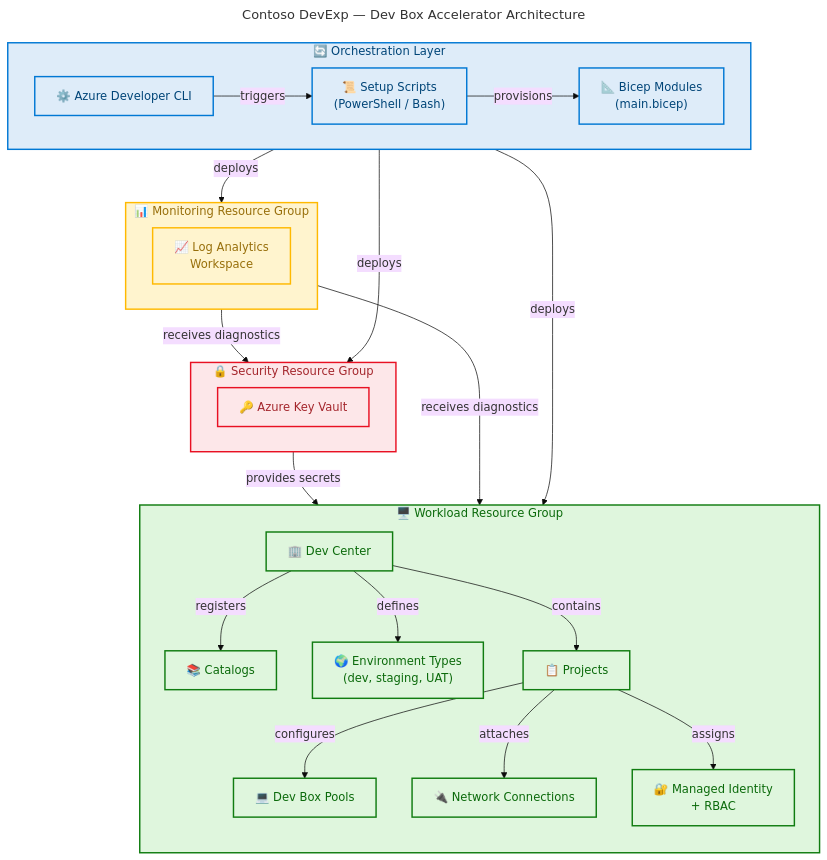
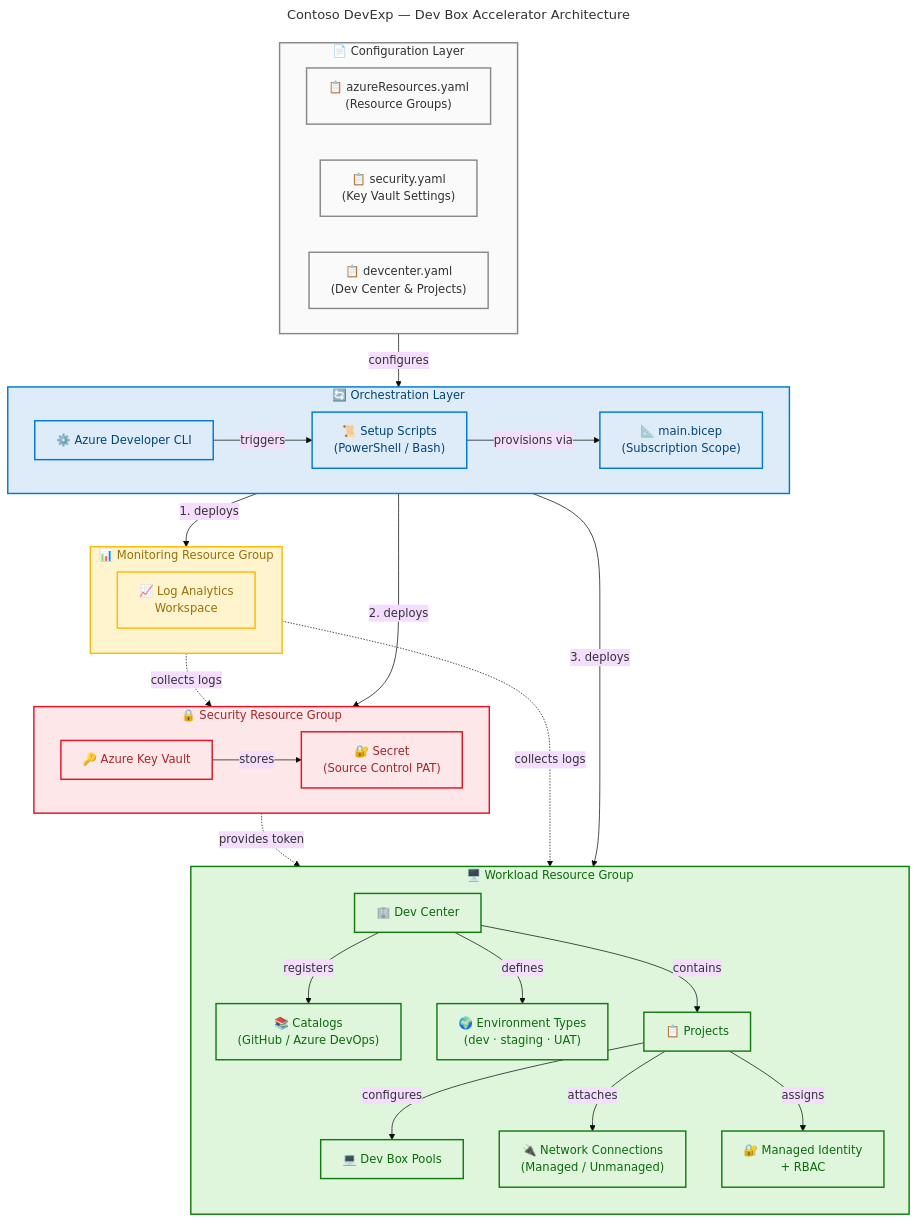
Before and after one commit to Evilazaro/DevExp-DevBox: the diagram in README.md, drawn with Mermaid. The commit also changed other lines of this file, not shown here.

Commit message:
docs: enhance README.md by improving architecture section clarity and adding YAML configuration details

```diff
--- a/README.md
+++ b/README.md
@@ -79,16 +82,23 @@
     %% ═══════════════════════════════════════════════════════════════════════════
 
     accTitle: Dev Box Accelerator Architecture
-    accDescr: Shows the three-tier resource group architecture with orchestration layer, security, monitoring, and workload components and their deployment relationships
+    accDescr: Shows the configuration-driven deployment architecture with YAML configuration layer, orchestration tooling, and three Azure resource groups provisioned in dependency order through subscription-scoped Bicep modules
+
+    subgraph config["📄 Configuration Layer"]
+        direction LR
+        azureResYaml["📋 azureResources.yaml<br/>(Resource Groups)"]:::neutral
+        securityYaml["📋 security.yaml<br/>(Key Vault Settings)"]:::neutral
+        devcenterYaml["📋 devcenter.yaml<br/>(Dev Center & Projects)"]:::neutral
+    end
 
     subgraph orchestration["🔄 Orchestration Layer"]
         direction LR
         azd["⚙️ Azure Developer CLI"]:::core
         setup["📜 Setup Scripts<br/>(PowerShell / Bash)"]:::core
-        bicep["📐 Bicep Modules<br/>(main.bicep)"]:::core
+        bicep["📐 main.bicep<br/>(Subscription Scope)"]:::core
 
         azd -->|"triggers"| setup
-        setup -->|"provisions"| bicep
+        setup -->|"provisions via"| bicep
     end
 
     subgraph monitoring["📊 Monitoring Resource Group"]
@@ -99,16 +109,19 @@
     subgraph security["🔒 Security Resource Group"]
         direction LR
         keyVault["🔑 Azure Key Vault"]:::danger
+        secret["🔐 Secret<br/>(Source Control PAT)"]:::danger
+
+        keyVault -->|"stores"| secret
     end
 
     subgraph workload["🖥️ Workload Resource Group"]
         direction TB
         devCenter["🏢 Dev Center"]:::success
-        catalog["📚 Catalogs"]:::success
-        envTypes["🌍 Environment Types<br/>(dev, staging, UAT)"]:::success
+        catalog["📚 Catalogs<br/>(GitHub / Azure DevOps)"]:::success
+        envTypes["🌍 Environment Types<br/>(dev · staging · UAT)"]:::success
         project["📋 Projects"]:::success
         pools["💻 Dev Box Pools"]:::success
-        netConn["🔌 Network Connections"]:::success
+        netConn["🔌 Network Connections<br/>(Managed / Unmanaged)"]:::success
         identity["🔐 Managed Identity<br/>+ RBAC"]:::success
 
         devCenter -->|"registers"| catalog
@@ -119,18 +132,21 @@
         project -->|"assigns"| identity
     end
 
-    bicep -->|"deploys"| monitoring
-    bicep -->|"deploys"| security
-    bicep -->|"deploys"| workload
-    logAnalytics -->|"receives diagnostics"| devCenter
-    logAnalytics -->|"receives diagnostics"| keyVault
-    keyVault -->|"provides secrets"| devCenter
+    config -->|"configures"| bicep
+    bicep -->|"1. deploys"| monitoring
+    bicep -->|"2. deploys"| security
+    bicep -->|"3. deploys"| workload
+    logAnalytics -.->|"collects logs"| devCenter
+    logAnalytics -.->|"collects logs"| keyVault
+    secret -.->|"provides token"| devCenter
 
     %% ============================================
-    %% SUBGRAPH STYLING (4 subgraphs = 4 style directives)
+    %% SUBGRAPH STYLING (5 subgraphs = 5 style directives)
+    %% config uses neutral gray — non-semantic, configuration files
     %% Functional siblings use distinct semantic colors (MRM-C001)
     %% Subgraph fill matches content node color (MRM-C005)
     %% ============================================
+    style config fill:#FAFAFA,stroke:#8A8886,stroke-width:2px,color:#323130
     style orchestration fill:#DEECF9,stroke:#0078D4,stroke-width:2px,color:#004578
     style monitoring fill:#FFF4CE,stroke:#FFB900,stroke-width:2px,color:#986F0B
     style security fill:#FDE7E9,stroke:#E81123,stroke-width:2px,color:#A4262C
@@ -139,11 +155,11 @@
     %% ============================================
     %% COLOR DOCUMENTATION (MRM-D001)
     %% Semantic classes: 4 (core, success, danger, warning) ≤ 5 (MRM-C006)
-    %% core    = Orchestration / process (blue #DEECF9)
-    %% success = Workload / compute (green #DFF6DD)
-    %% danger  = Security / secrets (red #FDE7E9)
+    %% core    = Orchestration / infrastructure tooling (blue #DEECF9)
+    %% success = Workload / compute resources (green #DFF6DD)
+    %% danger  = Security / secrets management (red #FDE7E9)
     %% warning = Monitoring / observability (yellow #FFF4CE)
-    %% neutral = Non-semantic default (gray #FAFAFA)
+    %% neutral = Configuration files / non-semantic default (gray #FAFAFA)
     %% ============================================
     classDef core fill:#DEECF9,stroke:#0078D4,stroke-width:2px,color:#004578
     classDef success fill:#DFF6DD,stroke:#107C10,stroke-width:2px,color:#0B6A0B
```
